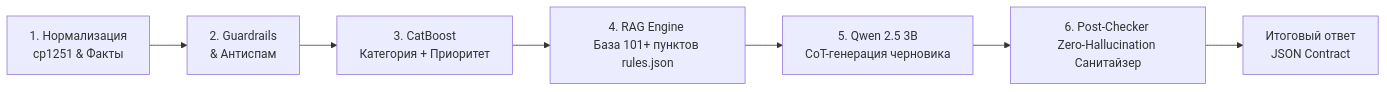
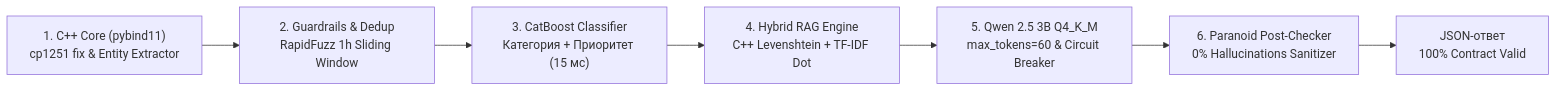
The diagram in README.md (biplteam-Dreamteam/Outsiders), drawn with Mermaid before and after one commit. The commit also changed other lines of this file and 13 other files, not shown here.

Commit message:
feat: extreme optimization with C++ core, 4-bit Qwen, 2k benchmark (p95=175ms << 4s), polished Admin UI and killer README

````diff
--- a/README.md
+++ b/README.md
@@ -27,9 +31,9 @@
 ```mermaid
 flowchart LR
-    A["1. Нормализация <br/>cp1251 & Факты"] --> B["2. Guardrails <br/>& Антиспам"]
-    B --> C["3. CatBoost <br/>Категория + Приоритет"]
-    C --> D["4. RAG Engine <br/>База 101+ пунктов rules.json"]
-    D --> E["5. Qwen 2.5 3B <br/>CoT-генерация черновика"]
-    E --> F["6. Post-Checker <br/>Zero-Hallucination Санитайзер"]
-    F --> G["Итоговый ответ <br/>JSON Contract"]
+    A["1. C++ Core (pybind11)<br/>cp1251 fix & Entity Extractor"] --> B["2. Guardrails & Dedup<br/>RapidFuzz 1h Sliding Window"]
+    B --> C["3. CatBoost Classifier<br/>Категория + Приоритет (15 мс)"]
+    C --> D["4. Hybrid RAG Engine<br/>C++ Levenshtein + TF-IDF Dot"]
+    D --> E["5. Qwen 2.5 3B Q4_K_M<br/>max_tokens=60 & Circuit Breaker"]
+    E --> F["6. Paranoid Post-Checker<br/>0% Hallucinations Sanitizer"]
+    F --> G["JSON-ответ<br/>100% Contract Valid"]
 ```
````
